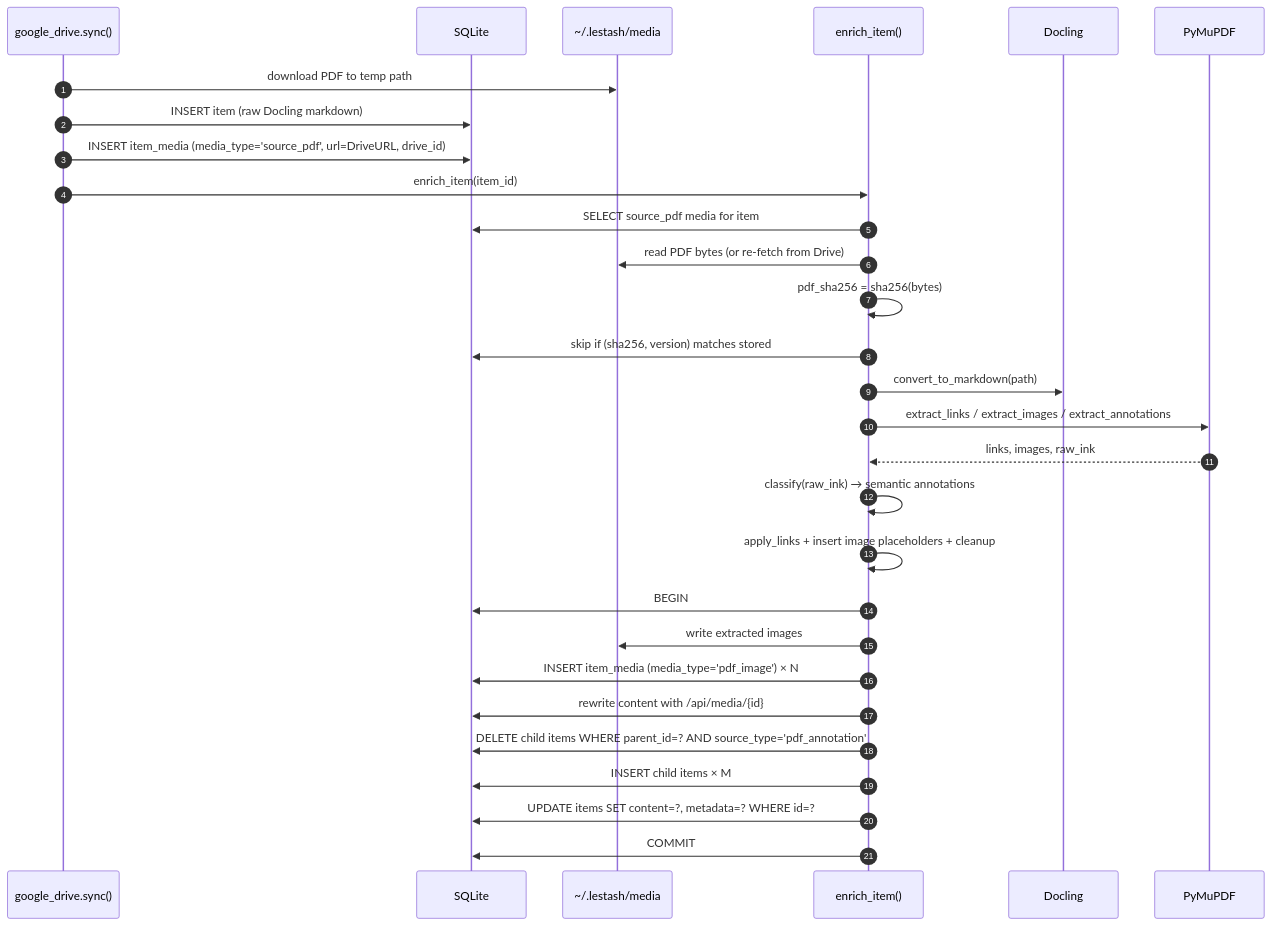
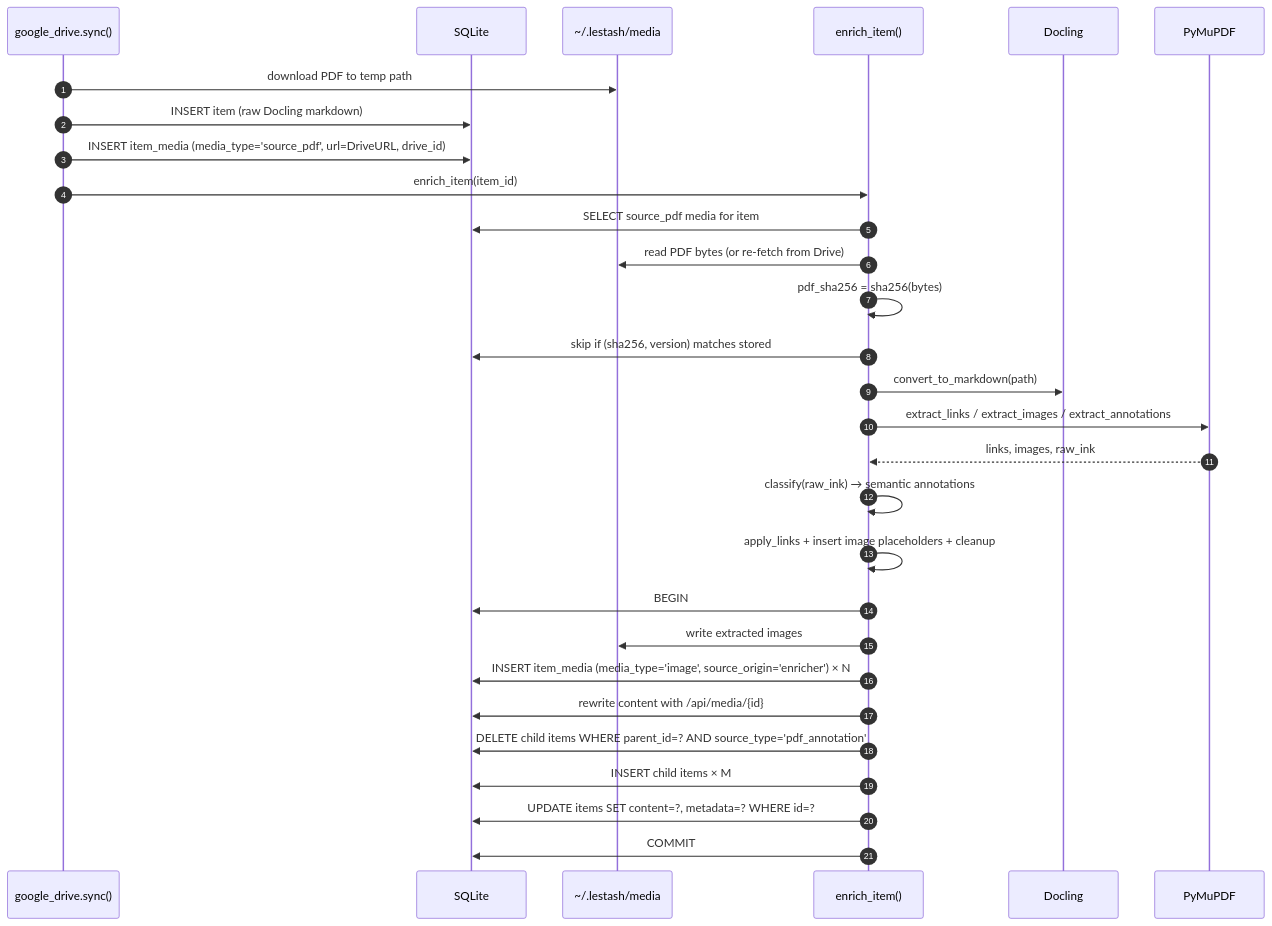
Before and after one commit to thompsonson/lestash: the first of 5 diagrams in docs/pdf-enrichment-design.md, drawn with Mermaid. The commit also changed other lines of this file and 1 other file, not shown here.

First line of the commit message:
docs(pdf): address PR #139 review

````diff
--- a/docs/pdf-enrichment-design.md
+++ b/docs/pdf-enrichment-design.md
@@ -148,32 +157,32 @@
 ```mermaid
 sequenceDiagram
     autonumber
     participant Sync as google_drive.sync()
     participant DB as SQLite
     participant FS as ~/.lestash/media
     participant Enrich as enrich_item()
     participant Docling
     participant PyMuPDF
 
     Sync->>FS: download PDF to temp path
     Sync->>DB: INSERT item (raw Docling markdown)
     Sync->>DB: INSERT item_media (media_type='source_pdf', url=DriveURL, drive_id)
     Sync->>Enrich: enrich_item(item_id)
     Enrich->>DB: SELECT source_pdf media for item
     Enrich->>FS: read PDF bytes (or re-fetch from Drive)
     Enrich->>Enrich: pdf_sha256 = sha256(bytes)
     Enrich->>DB: skip if (sha256, version) matches stored
     Enrich->>Docling: convert_to_markdown(path)
     Enrich->>PyMuPDF: extract_links / extract_images / extract_annotations
     PyMuPDF-->>Enrich: links, images, raw_ink
     Enrich->>Enrich: classify(raw_ink) → semantic annotations
     Enrich->>Enrich: apply_links + insert image placeholders + cleanup
     Enrich->>DB: BEGIN
     Enrich->>FS: write extracted images
-    Enrich->>DB: INSERT item_media (media_type='pdf_image') × N
+    Enrich->>DB: INSERT item_media (media_type='image', source_origin='enricher') × N
     Enrich->>DB: rewrite content with /api/media/{id}
     Enrich->>DB: DELETE child items WHERE parent_id=? AND source_type='pdf_annotation'
     Enrich->>DB: INSERT child items × M
     Enrich->>DB: UPDATE items SET content=?, metadata=? WHERE id=?
     Enrich->>DB: COMMIT
 ```
````
